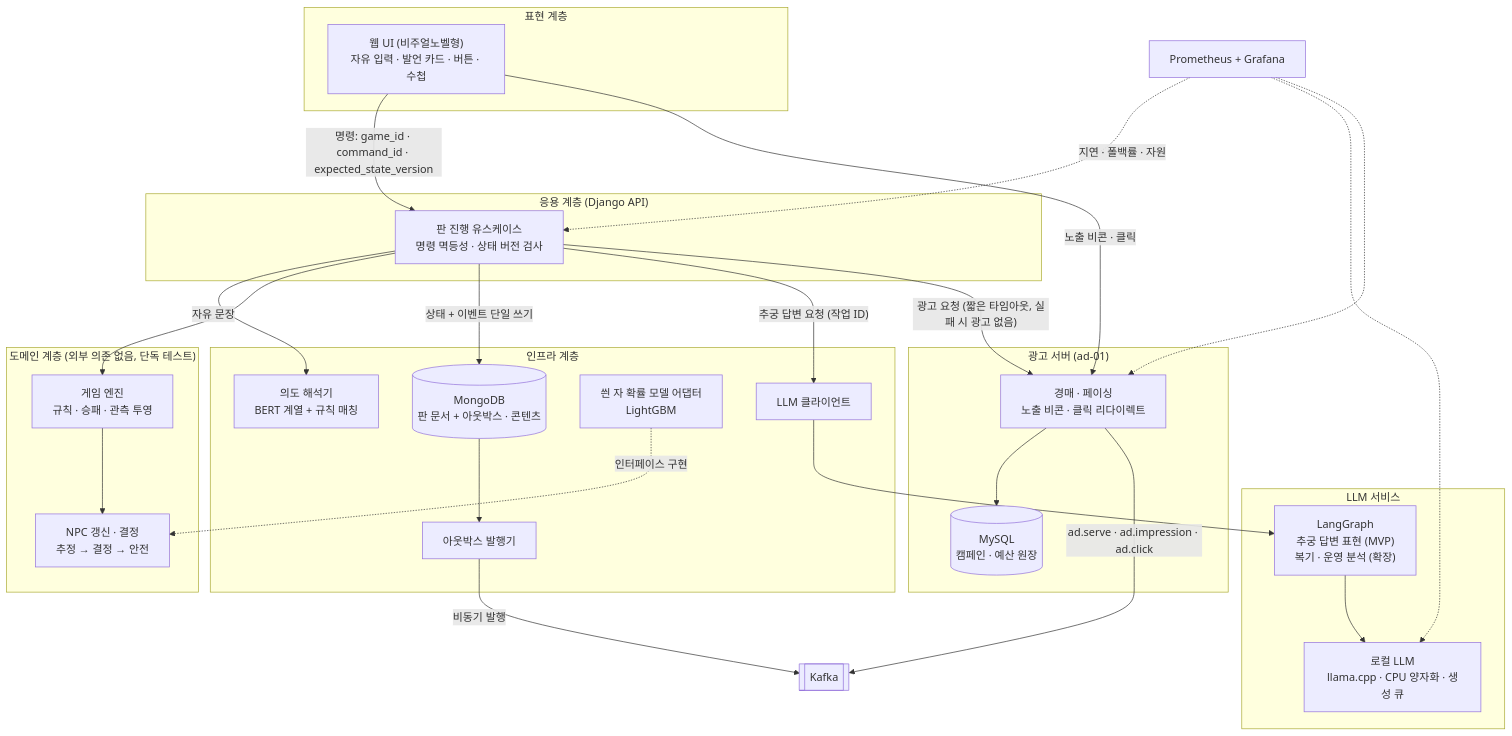
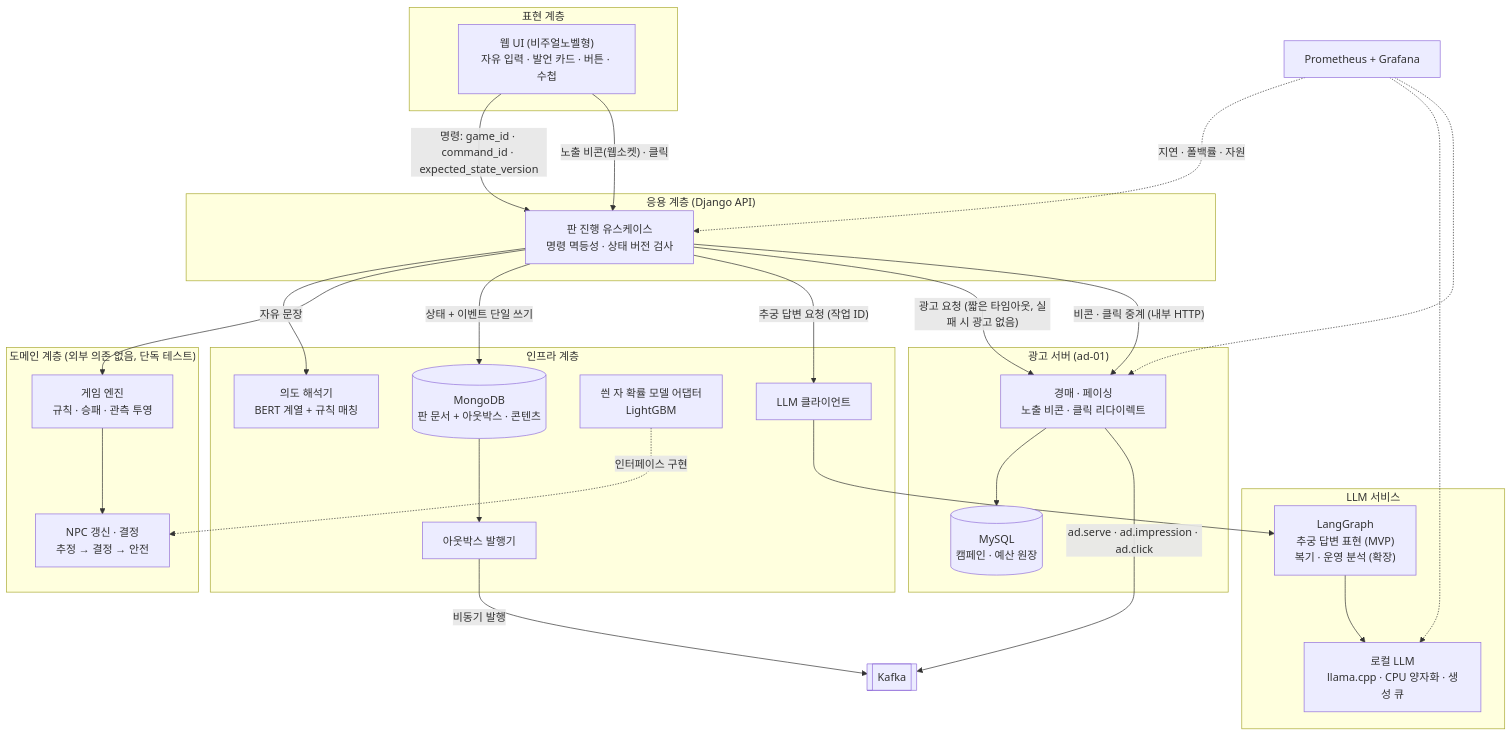
Before and after one commit to encore-ai-campus/mlo-01-p4-team3: the first of 2 diagrams in docs/paldo_design_v1.md, drawn with Mermaid. The commit also changed other lines of this file and 17 other files, not shown here.

````diff
--- a/docs/paldo_design_v1.md
+++ b/docs/paldo_design_v1.md
@@ -273,53 +273,54 @@
 ```mermaid
 flowchart TB
   subgraph P["표현 계층"]
     UI["웹 UI (비주얼노벨형)<br/>자유 입력 · 발언 카드 · 버튼 · 수첩"]
   end
 
   subgraph A["응용 계층 (Django API)"]
     UC["판 진행 유스케이스<br/>명령 멱등성 · 상태 버전 검사"]
   end
 
   subgraph D["도메인 계층 (외부 의존 없음, 단독 테스트)"]
     ENG["게임 엔진<br/>규칙 · 승패 · 관측 투영"]
     NPC["NPC 갱신 · 결정<br/>추정 → 결정 → 안전"]
   end
 
   subgraph I["인프라 계층"]
     DB[("MongoDB<br/>판 문서 + 아웃박스 · 콘텐츠")]
     INT["의도 해석기<br/>BERT 계열 + 규칙 매칭"]
     MDL["씐 자 확률 모델 어댑터<br/>LightGBM"]
     LLMC["LLM 클라이언트"]
     PUB["아웃박스 발행기"]
   end
 
   subgraph L["LLM 서비스"]
     LG["LangGraph<br/>추궁 답변 표현 (MVP)<br/>복기 · 운영 분석 (확장)"]
     LLM["로컬 LLM<br/>llama.cpp · CPU 양자화 · 생성 큐"]
   end
 
   UI -->|"명령: game_id · command_id · expected_state_version"| UC
   UC -->|"자유 문장"| INT
   UC --> ENG
   ENG --> NPC
   MDL -.->|"인터페이스 구현"| NPC
   UC -->|"상태 + 이벤트 단일 쓰기"| DB
   UC -->|"추궁 답변 요청 (작업 ID)"| LLMC
   LLMC --> LG --> LLM
   DB --> PUB
   PUB -->|"비동기 발행"| K[["Kafka"]]
 
   subgraph AD["광고 서버 (ad-01)"]
     ADS["경매 · 페이싱<br/>노출 비콘 · 클릭 리다이렉트"]
     ADB[("MySQL<br/>캠페인 · 예산 원장")]
   end
 
   UC -->|"광고 요청 (짧은 타임아웃, 실패 시 광고 없음)"| ADS
-  UI -->|"노출 비콘 · 클릭"| ADS
+  UI -->|"노출 비콘(웹소켓) · 클릭"| UC
+  UC -->|"비콘 · 클릭 중계 (내부 HTTP)"| ADS
   ADS --> ADB
   ADS -->|"ad.serve · ad.impression · ad.click"| K
 
   MON["Prometheus + Grafana"] -.->|"지연 · 폴백률 · 자원"| UC
   MON -.-> LLM
   MON -.-> ADS
 ```
````
